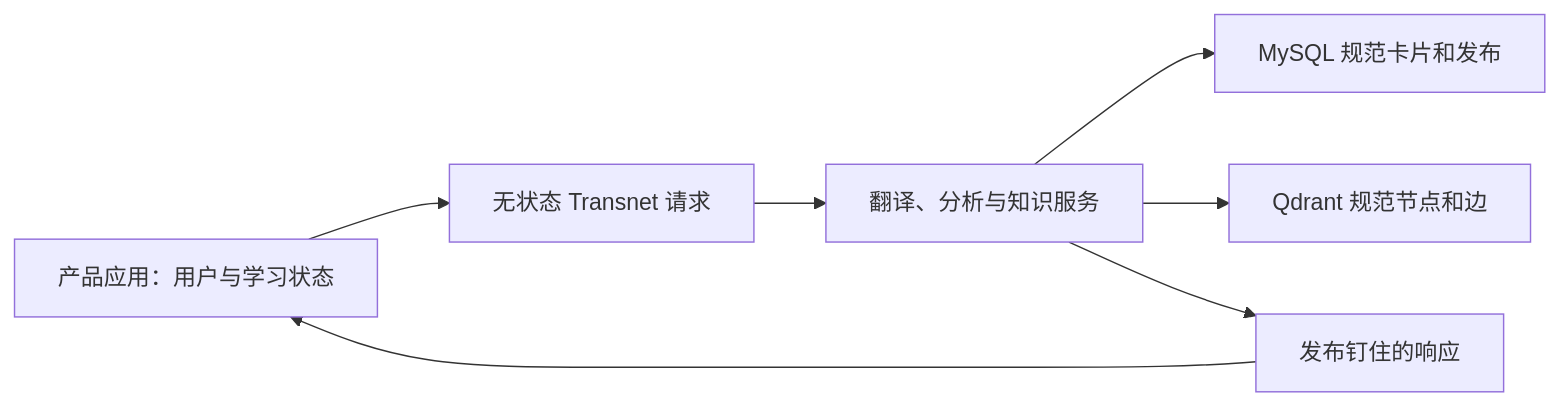
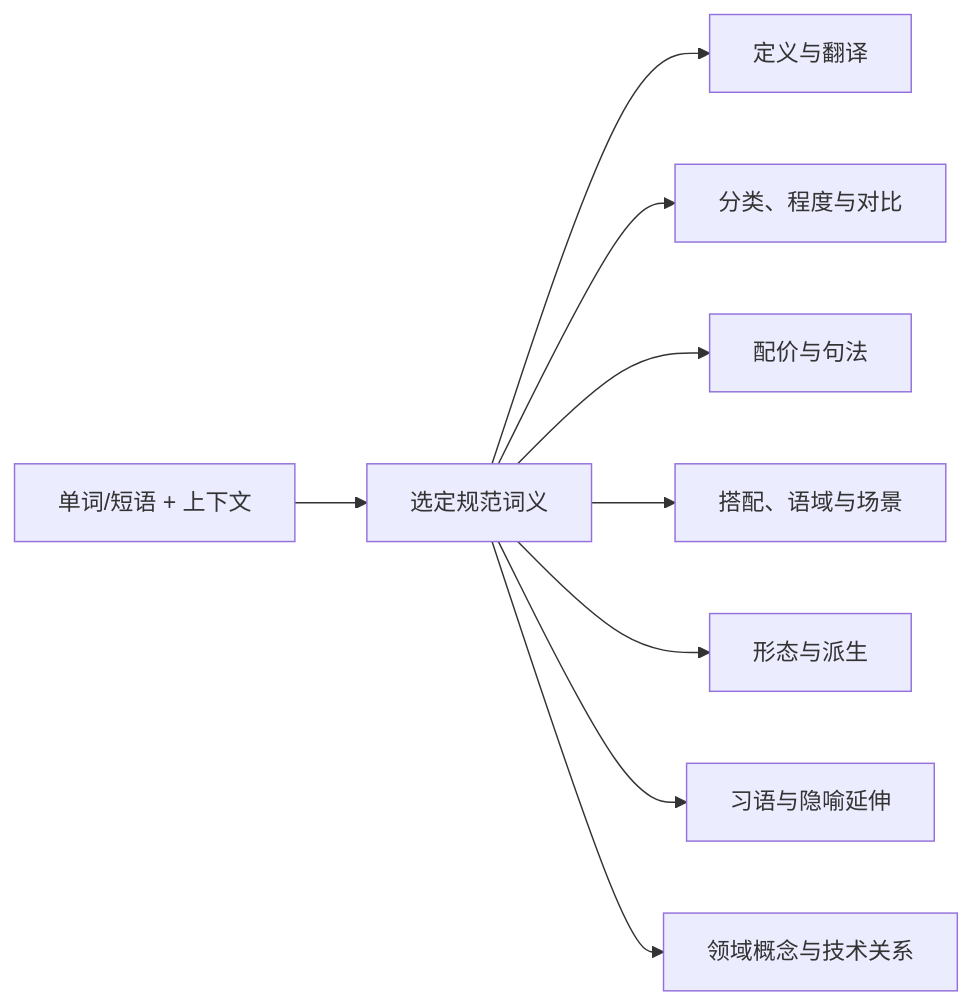
Before and after one commit to Ashex-x/Transnet: the first of 2 diagrams in docs_cn/transnet_cn.md, drawn with Mermaid. The commit also changed other lines of this file and 23 other files, not shown here.

````diff
--- a/docs_cn/transnet_cn.md
+++ b/docs_cn/transnet_cn.md
@@ -41,9 +50,11 @@
 ```mermaid
 flowchart LR
-  product["产品应用：用户与学习状态"] --> request["无状态 Transnet 请求"]
-  request --> service["翻译、分析与知识服务"]
-  service --> mysql["MySQL 规范卡片和发布"]
-  service --> qdrant["Qdrant 规范节点和边"]
-  service --> response["发布钉住的响应"]
-  response --> product
+  query["单词/短语 + 上下文"] --> sense["选定规范词义"]
+  sense --> meaning["定义与翻译"]
+  sense --> semantic["分类、程度与对比"]
+  sense --> grammar["配价与句法"]
+  sense --> usage["搭配、语域与场景"]
+  sense --> form["形态与派生"]
+  sense --> culture["习语与隐喻延伸"]
+  sense --> domain["领域概念与技术关系"]
 ```
````
